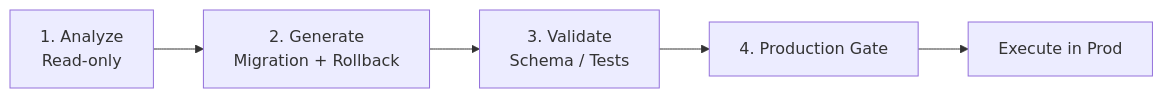
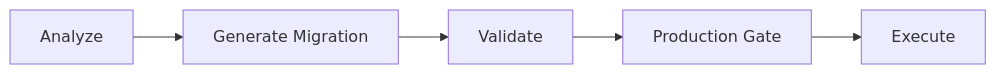
One commit to indigofeather/harness-book changed the fifth of 10 diagrams in docs/applications/workflows.md. Above: the diagram before and after it, drawn with Mermaid. The commit also changed other lines of this file and 48 other files, not shown here.

````diff
--- a/docs/applications/workflows.md
+++ b/docs/applications/workflows.md
@@ -155,7 +104,7 @@
 ```mermaid
 flowchart LR
-  A[1. Analyze\nRead-only] --> G[2. Generate\nMigration + Rollback]
-  G --> V[3. Validate\nSchema / Tests]
-  V --> P[4. Production Gate]
-  P --> E[Execute in Prod]
+  A[Analyze] --> G[Generate Migration]
+  G --> V[Validate]
+  V --> P[Production Gate]
+  P --> E[Execute]
 ```
````
